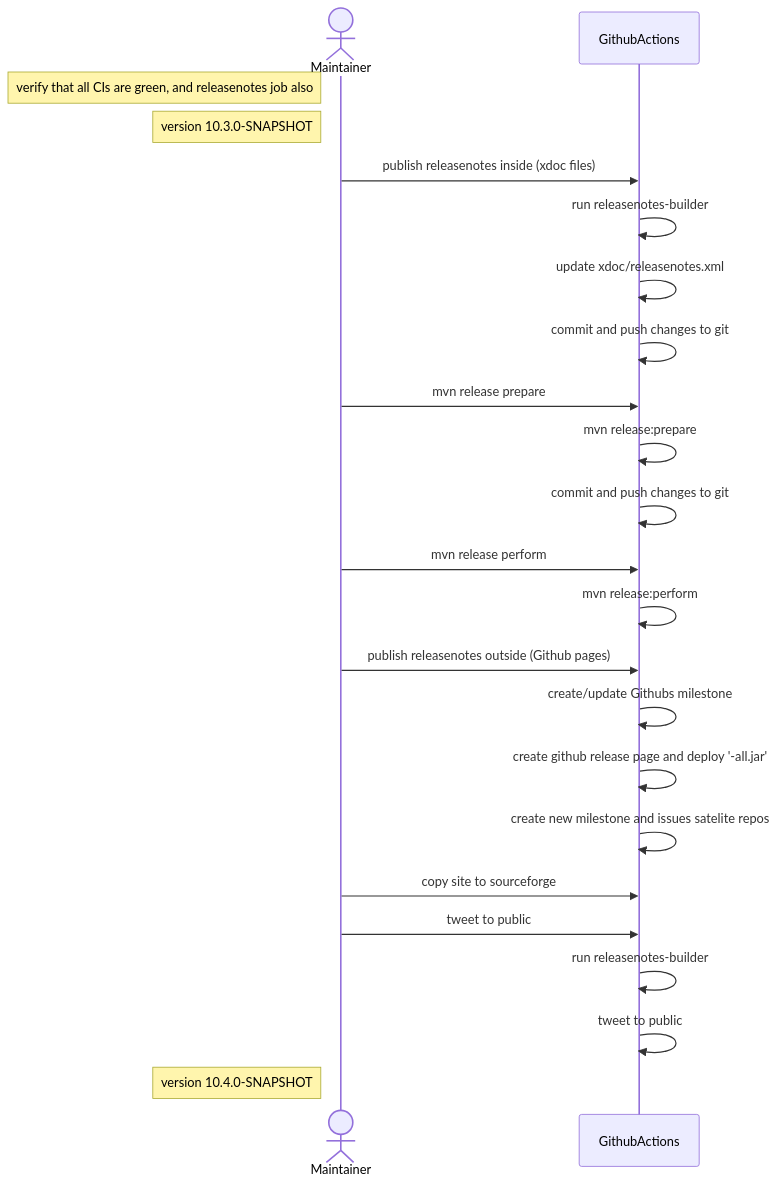
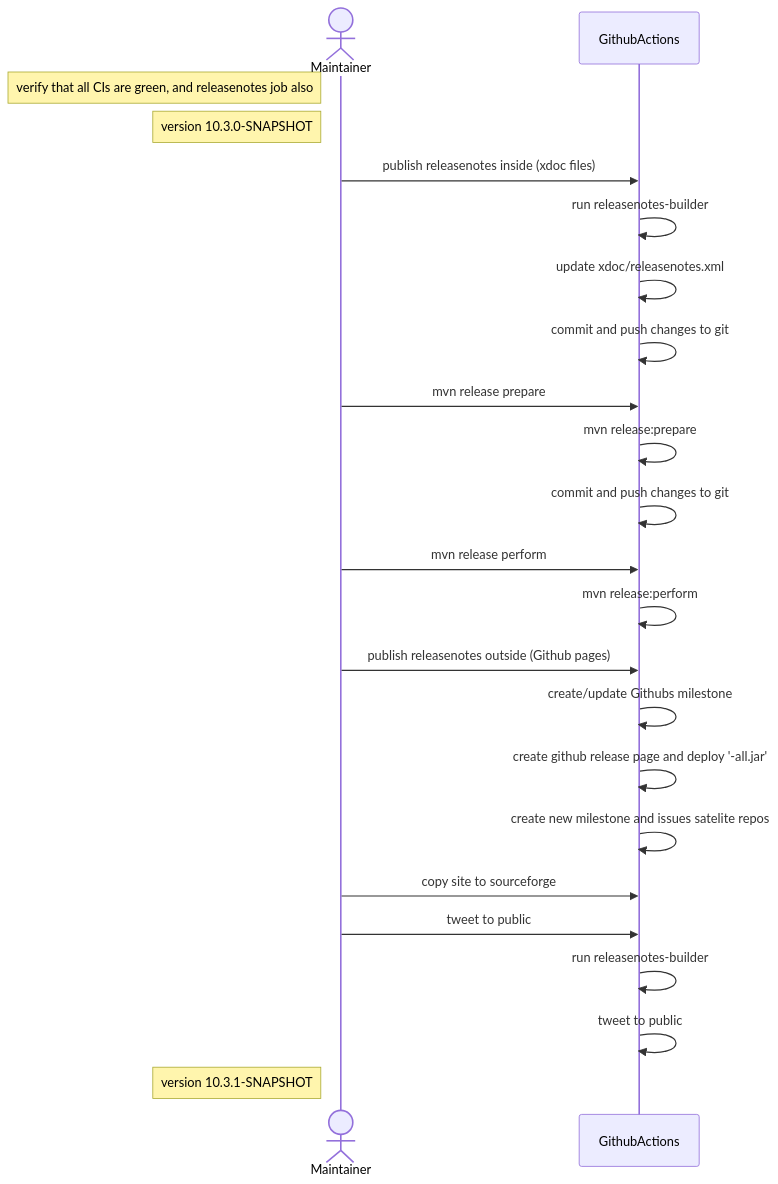
The diagram in releasenotes-builder/diagrams.md (checkstyle/contribution), drawn with Mermaid before and after one commit.

Commit message:
doc: update diagram

````diff
--- a/releasenotes-builder/diagrams.md
+++ b/releasenotes-builder/diagrams.md
@@ -5,34 +5,34 @@
 ```mermaid
 sequenceDiagram
     actor Maintainer
     participant GithubActions
 
     Note left of Maintainer: verify that all CIs are green, and releasenotes job also
     
     Note left of Maintainer: version 10.3.0-SNAPSHOT
     Maintainer->>GithubActions: publish releasenotes inside (xdoc files)
 
     GithubActions->>GithubActions: run releasenotes-builder
     GithubActions->>GithubActions: update xdoc/releasenotes.xml
     GithubActions->>GithubActions: commit and push changes to git
     
     Maintainer->>GithubActions: mvn release prepare
     GithubActions->>GithubActions: mvn release:prepare
     GithubActions->>GithubActions: commit and push changes to git
 
     Maintainer->>GithubActions: mvn release perform
     GithubActions->>GithubActions: mvn release:perform
 
     Maintainer->>GithubActions: publish releasenotes outside (Github pages)
     GithubActions->>GithubActions: create/update Githubs milestone
     GithubActions->>GithubActions: create github release page and deploy '-all.jar'
     GithubActions->>GithubActions: create new milestone and issues satelite repos
 
     Maintainer->>GithubActions: copy site to sourceforge
 
     Maintainer->>GithubActions: tweet to public
     GithubActions->>GithubActions: run releasenotes-builder
     GithubActions->>GithubActions: tweet to public
     
-    Note left of Maintainer: version 10.4.0-SNAPSHOT
+    Note left of Maintainer: version 10.3.1-SNAPSHOT
 ```
````
